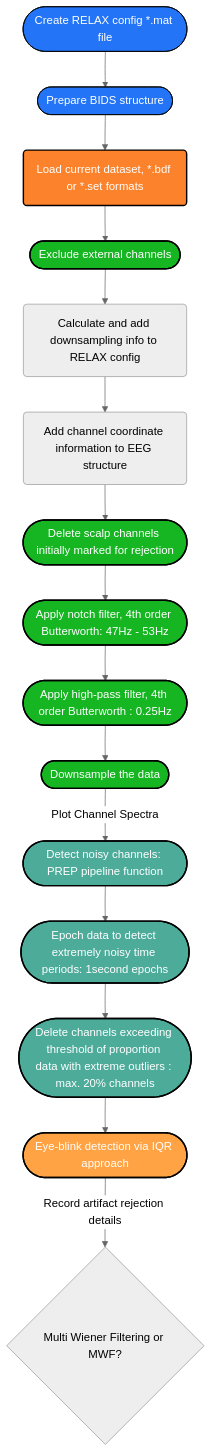
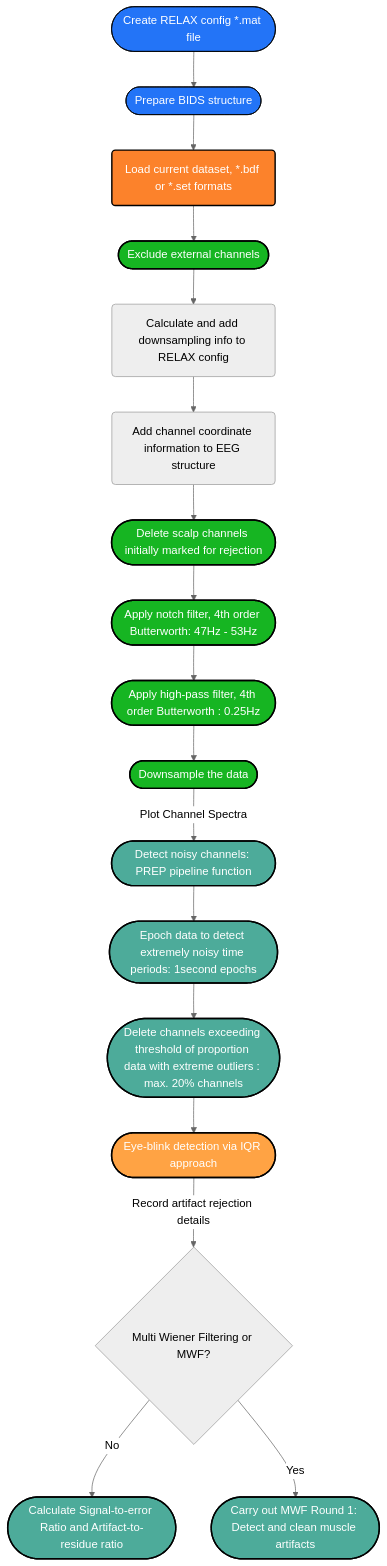
The diagram in Pipeline_Datafow_Chart.md (deebeebolger/Project_CeLaVie), drawn with Mermaid (neutral theme) before and after one commit.

````diff
--- a/Pipeline_Datafow_Chart.md
+++ b/Pipeline_Datafow_Chart.md
@@ -3,41 +3,43 @@
 ```mermaid
 flowchart TD
 %% Colors %%
 
 classDef blue fill:#2374f7, stroke:#000, stroke-width: px, color:#fff
 classDef orange fill:#fc822b,stroke:#000,stroke-width:2px,color:#fff
 classDef green fill:#16b522,stroke:#000,stroke-width:2px,color:#fff
 classDef mintgreen fill:#4DAB9A,stroke:#000,stroke-width:2px,color:#fff
 classDef mandarine fill:#FFA344,stroke:#000,stroke-width:2px,color:#fff
 classDef aubergine fill:#9A6DD7,stroke:#000,stroke-width:2px,color:#fff
 classDef red fill:#D44C47,stroke:#000,stroke-width:2px,color:#fff
 classDef grey fill:#979A9B,stroke:#000,stroke-width:2px,color:#fff
 
 
 Config([Create RELAX config *.mat file]):::blue -->
 BIDS([Prepare BIDS structure]):::blue
 click Config "https://github.com/deebeebolger/Project_CeLaVie/blob/main/DataflowChart_pages/Create_RELAX_conf_file.md" "Link"
 click BIDS "https://github.com/deebeebolger/Project_CeLaVie/blob/main/DataflowChart_pages/BIDS_structure.md" "Link"
 BIDS --> Ld(Load current dataset, *.bdf or *.set formats):::orange
 --> EXRej([Exclude external channels]):::green
 click EXRej "https://github.com/deebeebolger/Project_CeLaVie/blob/main/DataflowChart_pages/Exclude_external_chans.md" _blank
 EXRej --> AddRS(Calculate and add downsampling info to RELAX config)
 click AddRS "https://github.com/deebeebolger/Project_CeLaVie/blob/main/DataflowChart_pages/Downsampling.md" "Link"
 AddRS --> AddChan(Add channel coordinate information to EEG structure)
 click AddChan "https://github.com/deebeebolger/Project_CeLaVie/blob/main/DataflowChart_pages/Add_Channels_coordinates.md" "Link"
 AddChan --> ScalpRej([Delete scalp channels initially marked for rejection]):::green
 ScalpRej --> Notch([Apply notch filter, 4th order Butterworth: 47Hz - 53Hz]):::green
 Notch --> HPfilt([Apply high-pass filter, 4th order Butterworth : 0.25Hz]):::green
 HPfilt --> RSamp([Downsample the data]):::green
 click Notch "https://github.com/deebeebolger/Project_CeLaVie/blob/main/DataflowChart_pages/Filtering.md" "Link"
 click HPfilt "https://github.com/deebeebolger/Project_CeLaVie/blob/main/DataflowChart_pages/Filtering.md" "Link"
 RSamp -->|Plot Channel Spectra|Prep([Detect noisy channels: PREP pipeline function]):::mintgreen
 Prep --> EpClean([Epoch data to detect extremely noisy time periods: 1second epochs]):::mintgreen
 click Prep "https://github.com/deebeebolger/Project_CeLaVie/blob/main/DataflowChart_pages/BadChannelDetect_PREP.md" "Link"
 click EpClean "https://github.com/deebeebolger/Project_CeLaVie/blob/main/DataflowChart_pages/Bad_ChannelTime_Detect_MAD.md" "Link"
 EpClean --> DelChans([Delete channels exceeding threshold of proportion data with extreme outliers : max. 20% channels]):::mintgreen
 click DelChans "https://github.com/deebeebolger/Project_CeLaVie/blob/main/DataflowChart_pages/Bad_ChannelTime_Detect_MAD.md" "Link"
 DelChans --> Blink([Eye-blink detection via IQR approach]):::mandarine
 Blink -->|Record artifact rejection details|SerArrChoice{Multi Wiener Filtering or MWF?}
 click Blink "https://github.com/deebeebolger/Project_CeLaVie/blob/main/DataflowChart_pages/EyeBlink_detection.md" "Link"
+SerArrChoice -->|No|DoSerArr([Calculate Signal-to-error Ratio and Artifact-to-residue ratio]):::mintgreen
+SerArrChoice -->|Yes| MWF1([Carry out MWF Round 1: Detect and clean muscle artifacts]):::mintgreen
 ```
````
